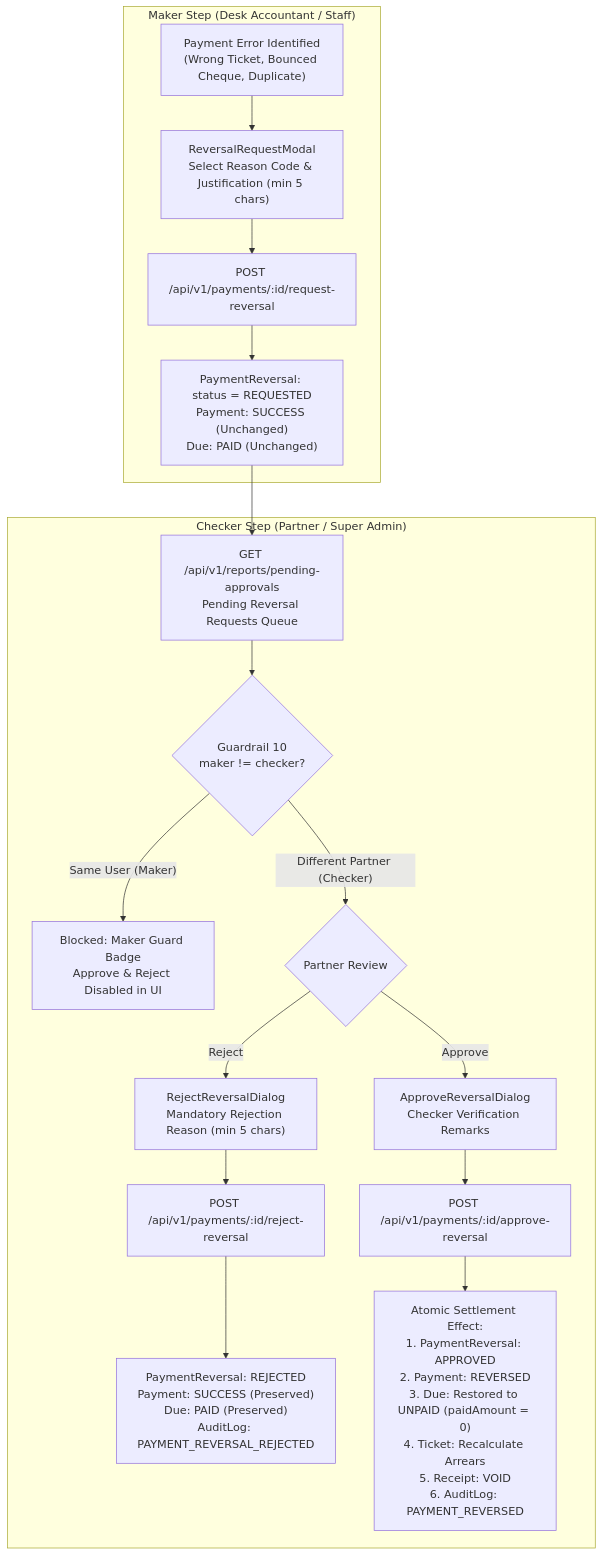
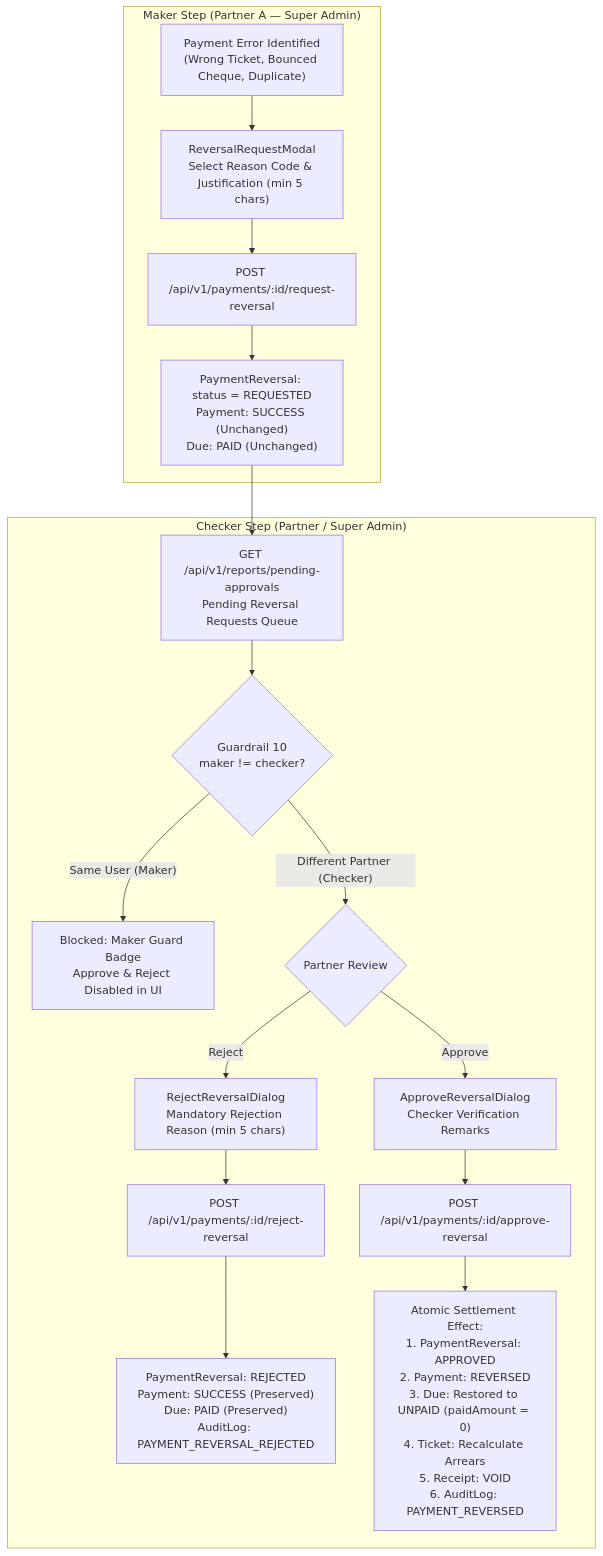
The diagram in docs/web/payment-reversals.md (Kathir-24/Kumaran-finance), drawn with Mermaid before and after one commit. The commit also changed other lines of this file and 25 other files, not shown here.

````diff
--- a/docs/web/payment-reversals.md
+++ b/docs/web/payment-reversals.md
@@ -64,23 +64,23 @@
 ```mermaid
 flowchart TD
-    subgraph MakerWorkflow["Maker Step (Desk Accountant / Staff)"]
+    subgraph MakerWorkflow["Maker Step (Partner A — Super Admin)"]
         ERR["Payment Error Identified\n(Wrong Ticket, Bounced Cheque, Duplicate)"] --> REQMOD["ReversalRequestModal\nSelect Reason Code & Justification (min 5 chars)"]
         REQMOD --> POST_REQ["POST /api/v1/payments/:id/request-reversal"]
         POST_REQ --> PEND["PaymentReversal: status = REQUESTED\nPayment: SUCCESS (Unchanged)\nDue: PAID (Unchanged)"]
     end
 
     subgraph CheckerWorkflow["Checker Step (Partner / Super Admin)"]
         PEND --> QUEUE["GET /api/v1/reports/pending-approvals\nPending Reversal Requests Queue"]
         QUEUE --> G10{"Guardrail 10\nmaker != checker?"}
         G10 -- "Same User (Maker)" --> BLK["Blocked: Maker Guard Badge\nApprove & Reject Disabled in UI"]
         G10 -- "Different Partner (Checker)" --> DECIDE{"Partner Review"}
         
         DECIDE -- "Reject" --> REJMOD["RejectReversalDialog\nMandatory Rejection Reason (min 5 chars)"]
         REJMOD --> POST_REJ["POST /api/v1/payments/:id/reject-reversal"]
         POST_REJ --> REJ_RES["PaymentReversal: REJECTED\nPayment: SUCCESS (Preserved)\nDue: PAID (Preserved)\nAuditLog: PAYMENT_REVERSAL_REJECTED"]
 
         DECIDE -- "Approve" --> APPMOD["ApproveReversalDialog\nChecker Verification Remarks"]
         APPMOD --> POST_APP["POST /api/v1/payments/:id/approve-reversal"]
         POST_APP --> APP_RES["Atomic Settlement Effect:\n1. PaymentReversal: APPROVED\n2. Payment: REVERSED\n3. Due: Restored to UNPAID (paidAmount = 0)\n4. Ticket: Recalculate Arrears\n5. Receipt: VOID\n6. AuditLog: PAYMENT_REVERSED"]
     end
 ```
````
